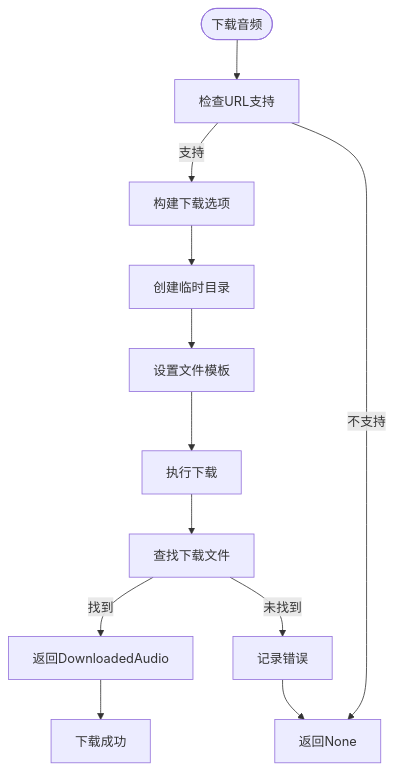
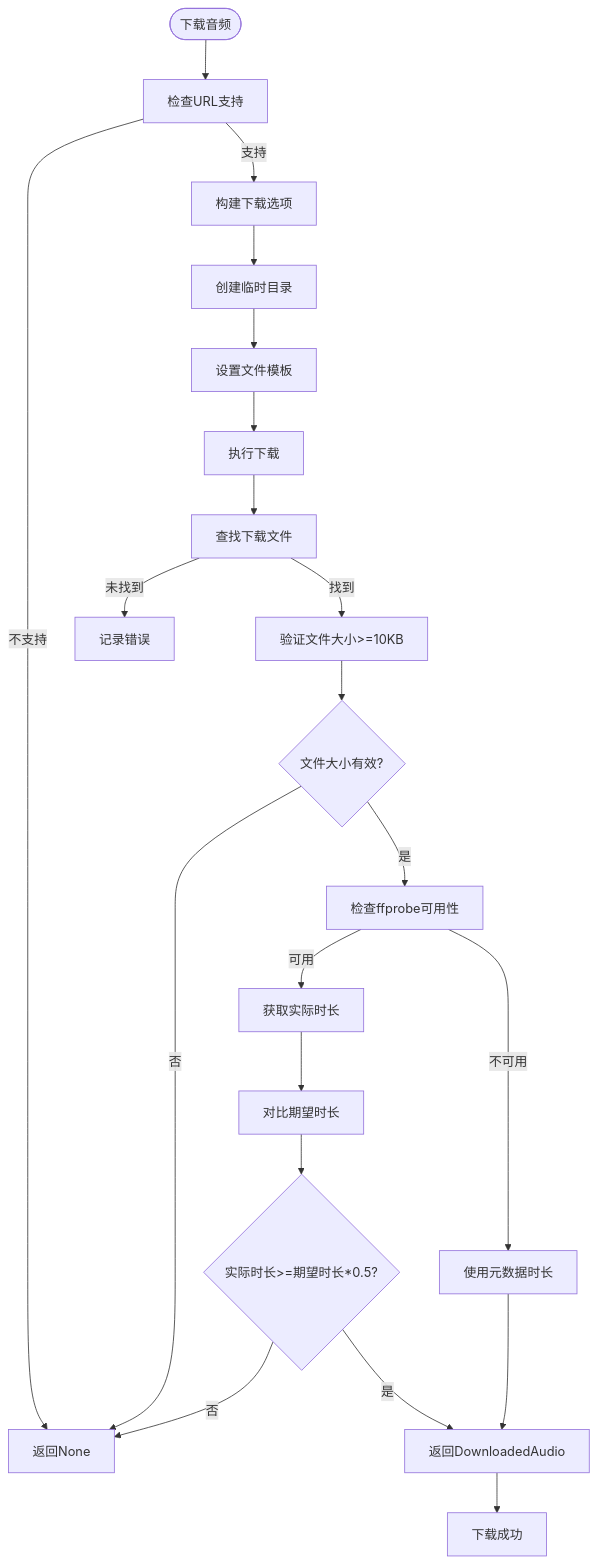
One commit to GhoulOwl/Teamspeak3_Bot changed the ninth of 10 diagrams in .qoder/repowiki/zh/content/音乐播放系统/音乐播放系统.md. Above: the diagram before and after it, drawn with Mermaid. The commit also changed other lines of this file and 8 other files, not shown here.

````diff
--- a/.qoder/repowiki/zh/content/音乐播放系统/音乐播放系统.md
+++ b/.qoder/repowiki/zh/content/音乐播放系统/音乐播放系统.md
@@ -428,14 +446,23 @@
 ```mermaid
 flowchart TD
 Start(["下载音频"]) --> CheckURL["检查URL支持"]
 CheckURL --> |支持| BuildOpts["构建下载选项"]
 CheckURL --> |不支持| Fail["返回None"]
 BuildOpts --> CreateDir["创建临时目录"]
 CreateDir --> SetTemplate["设置文件模板"]
 SetTemplate --> Download["执行下载"]
 Download --> FindFile["查找下载文件"]
-FindFile --> |找到| Return["返回DownloadedAudio"]
+FindFile --> |找到| ValidateSize["验证文件大小>=10KB"]
 FindFile --> |未找到| Error["记录错误"]
-Error --> Fail
+ValidateSize --> SizeOK{"文件大小有效?"}
+SizeOK --> |否| Fail
+SizeOK --> |是| CheckFFprobe["检查ffprobe可用性"]
+CheckFFprobe --> |可用| GetDuration["获取实际时长"]
+CheckFFprobe --> |不可用| UseMeta["使用元数据时长"]
+GetDuration --> CompareDuration["对比期望时长"]
+CompareDuration --> Valid{"实际时长>=期望时长*0.5?"}
+Valid --> |是| Return["返回DownloadedAudio"]
+Valid --> |否| Fail
+UseMeta --> Return
 Return --> Success["下载成功"]
 ```
````
